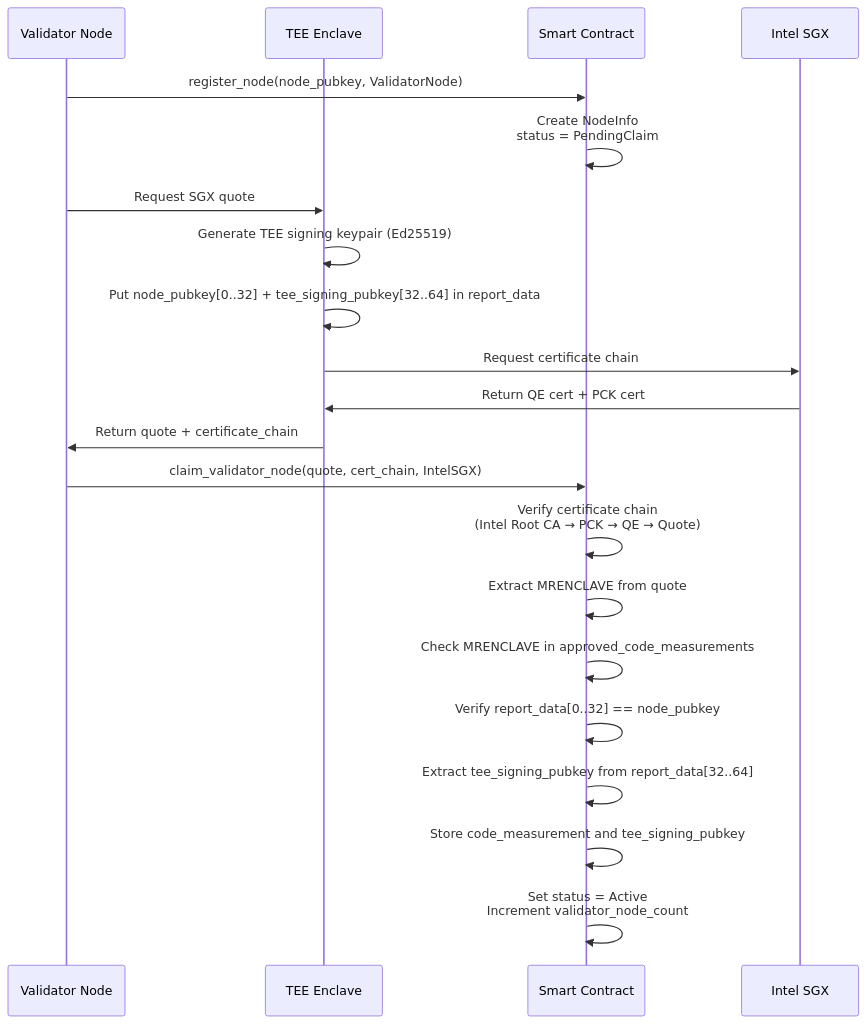
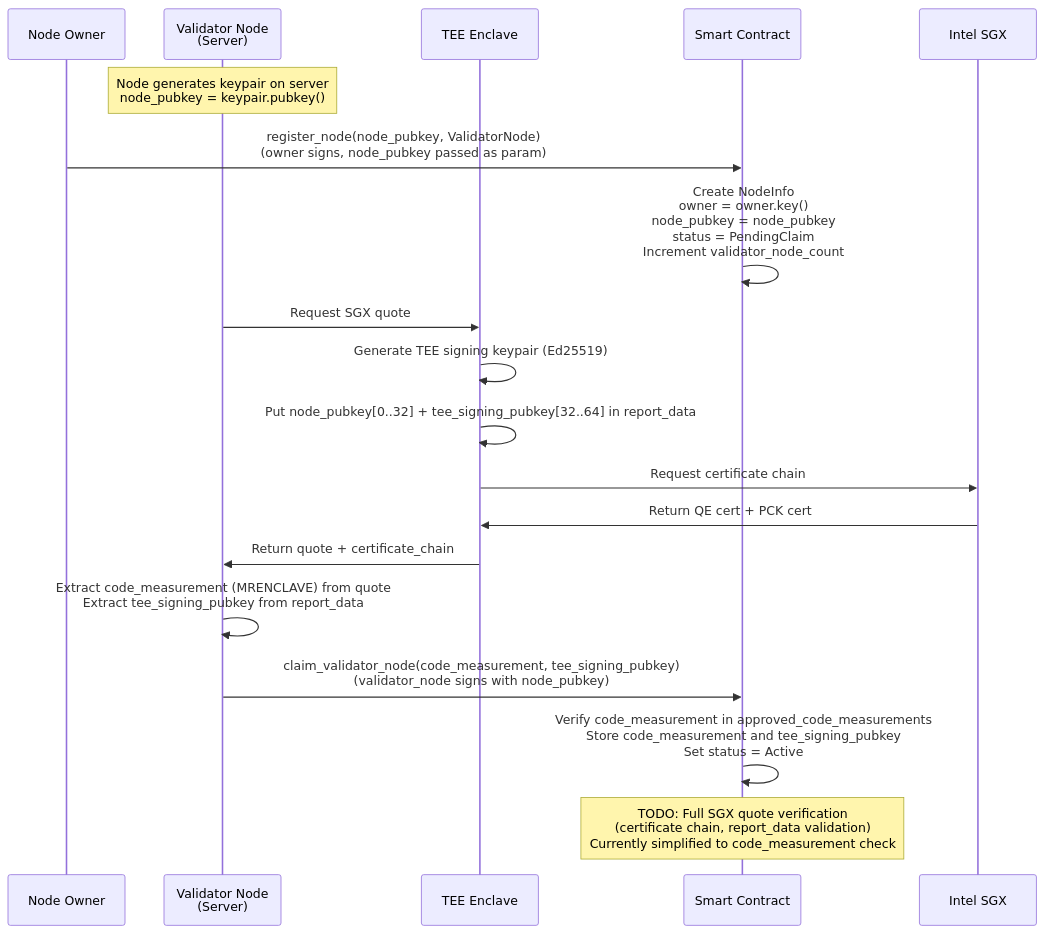
Before and after one commit to JorgeCosta87/decentralized-autonomous-computing: the fourth of 13 diagrams in docs/design.md, drawn with Mermaid. The commit also changed other lines of this file and 14 other files, not shown here.

````diff
--- a/docs/design.md
+++ b/docs/design.md
@@ -253,26 +257,26 @@
 ```mermaid
 sequenceDiagram
-    participant VN as Validator Node
+    participant Owner as Node Owner
+    participant VN as Validator Node<br/>(Server)
     participant TEE as TEE Enclave
     participant DAC as Smart Contract
     participant Intel as Intel SGX
     
-    VN->>DAC: register_node(node_pubkey, ValidatorNode)
-    DAC->>DAC: Create NodeInfo<br/>status = PendingClaim
+    Note over VN: Node generates keypair on server<br/>node_pubkey = keypair.pubkey()
+    
+    Owner->>DAC: register_node(node_pubkey, ValidatorNode)<br/>(owner signs, node_pubkey passed as param)
+    DAC->>DAC: Create NodeInfo<br/>owner = owner.key()<br/>node_pubkey = node_pubkey<br/>status = PendingClaim<br/>Increment validator_node_count
     
     VN->>TEE: Request SGX quote
     TEE->>TEE: Generate TEE signing keypair (Ed25519)
     TEE->>TEE: Put node_pubkey[0..32] + tee_signing_pubkey[32..64] in report_data
     TEE->>Intel: Request certificate chain
     Intel->>TEE: Return QE cert + PCK cert
     TEE->>VN: Return quote + certificate_chain
     
-    VN->>DAC: claim_validator_node(quote, cert_chain, IntelSGX)
-    DAC->>DAC: Verify certificate chain<br/>(Intel Root CA → PCK → QE → Quote)
-    DAC->>DAC: Extract MRENCLAVE from quote
-    DAC->>DAC: Check MRENCLAVE in approved_code_measurements
-    DAC->>DAC: Verify report_data[0..32] == node_pubkey
-    DAC->>DAC: Extract tee_signing_pubkey from report_data[32..64]
-    DAC->>DAC: Store code_measurement and tee_signing_pubkey
-    DAC->>DAC: Set status = Active<br/>Increment validator_node_count
+    VN->>VN: Extract code_measurement (MRENCLAVE) from quote<br/>Extract tee_signing_pubkey from report_data
+    VN->>DAC: claim_validator_node(code_measurement, tee_signing_pubkey)<br/>(validator_node signs with node_pubkey)
+    DAC->>DAC: Verify code_measurement in approved_code_measurements<br/>Store code_measurement and tee_signing_pubkey<br/>Set status = Active
+    
+    Note over DAC: TODO: Full SGX quote verification<br/>(certificate chain, report_data validation)<br/>Currently simplified to code_measurement check
 ```
````
